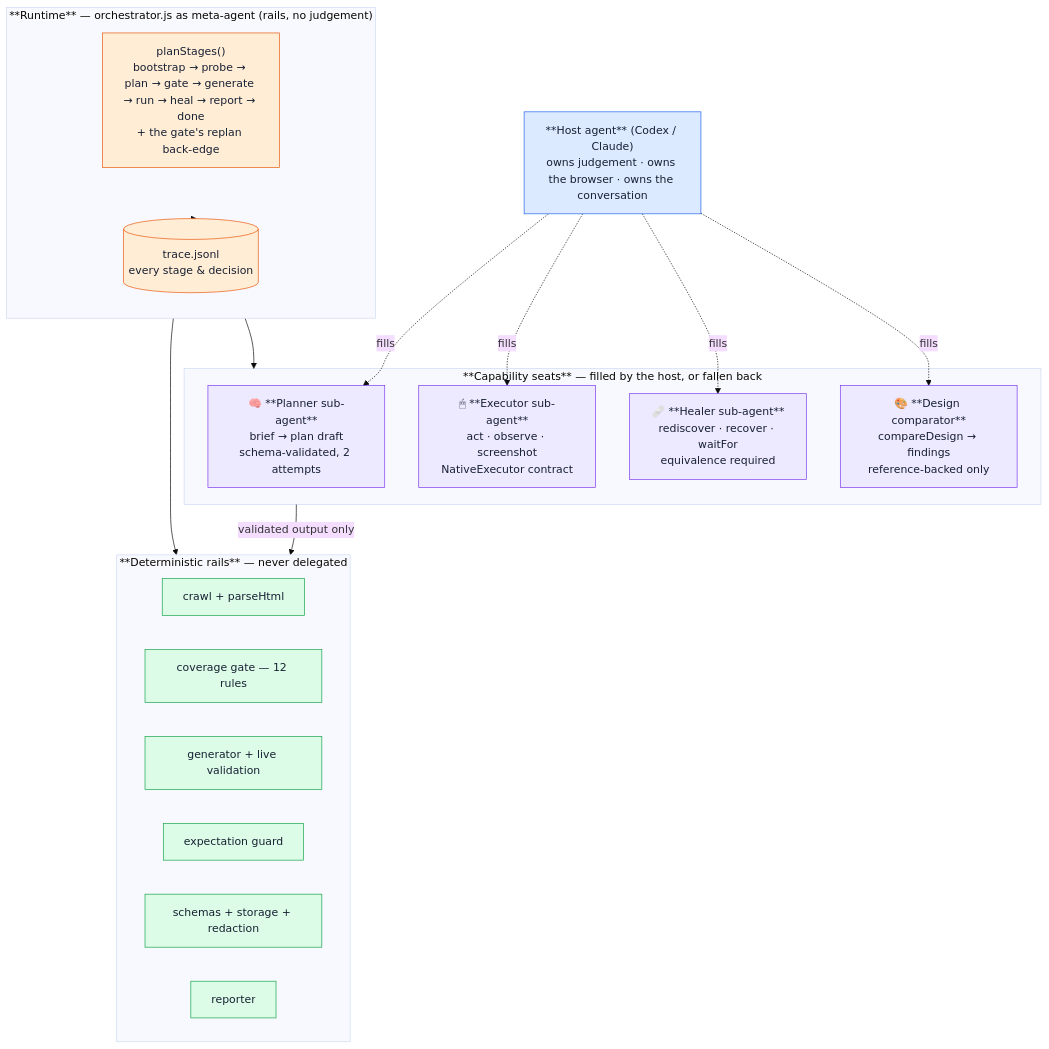
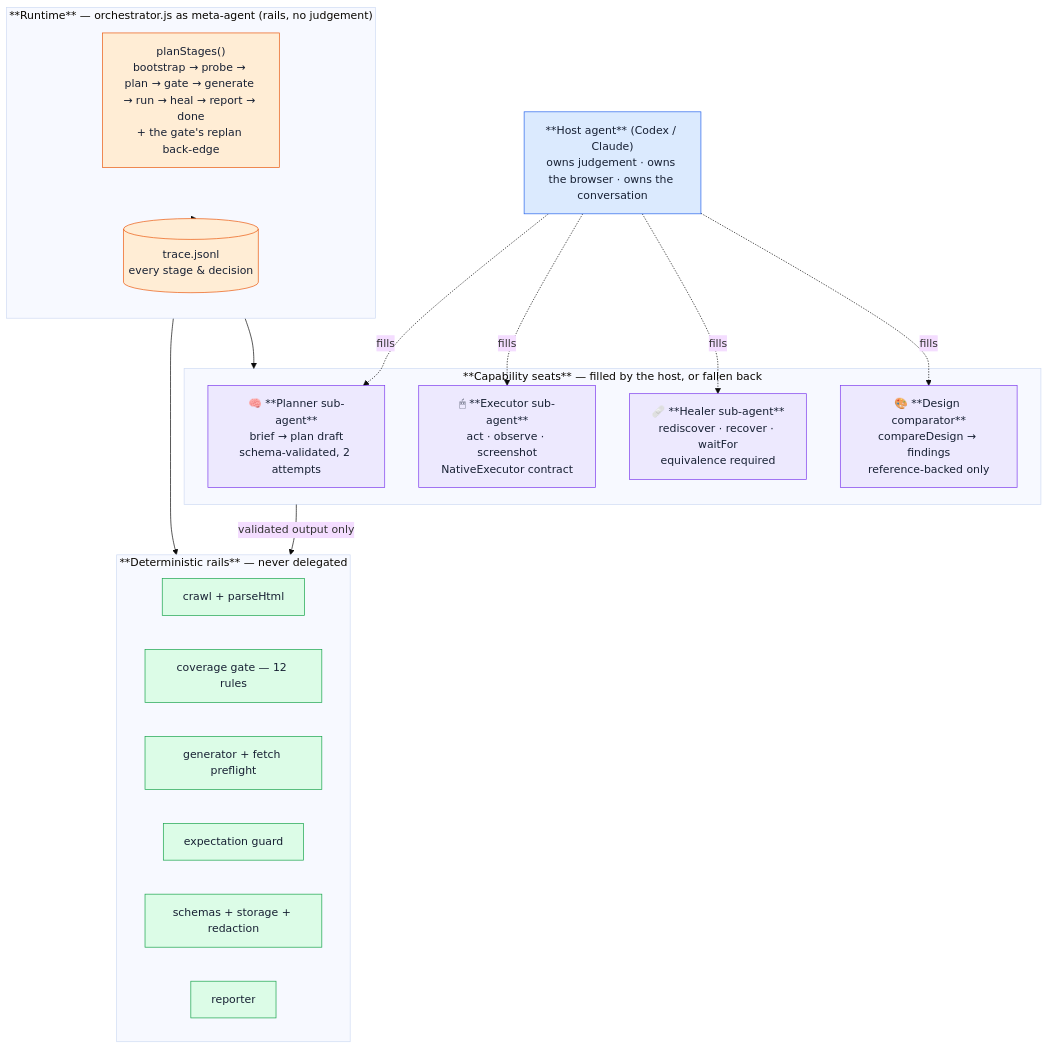
The first of 4 diagrams in docs/explain/03-agents-and-subagents.md (sudip-mondal-2002/Automated-QA), drawn with Mermaid (base theme) before and after one commit. The commit also changed 9 other files, not shown here.

````diff
--- a/docs/explain/03-agents-and-subagents.md
+++ b/docs/explain/03-agents-and-subagents.md
@@ -11,38 +11,38 @@
 ```mermaid
 flowchart TB
   HOST["**Host agent** (Codex / Claude)<br/>owns judgement · owns the browser · owns the conversation"]
 
   subgraph RUNTIME["**Runtime** — orchestrator.js as meta-agent (rails, no judgement)"]
     direction TB
     STAGES["planStages()<br/>bootstrap → probe → plan → gate → generate → run → heal → report → done<br/>+ the gate's replan back-edge"]
     TRACE[("trace.jsonl<br/>every stage & decision")]
   end
 
   subgraph SEATS["**Capability seats** — filled by the host, or fallen back"]
     P["🧠 **Planner sub-agent**<br/>brief → plan draft<br/>schema-validated, 2 attempts"]
     E["🖱 **Executor sub-agent**<br/>act · observe · screenshot<br/>NativeExecutor contract"]
     H["🩹 **Healer sub-agent**<br/>rediscover · recover · waitFor<br/>equivalence required"]
     D["🎨 **Design comparator**<br/>compareDesign → findings<br/>reference-backed only"]
   end
 
   subgraph RAILS["**Deterministic rails** — never delegated"]
     C1["crawl + parseHtml"]
     C2["coverage gate — 12 rules"]
-    C3["generator + live validation"]
+    C3["generator + fetch preflight"]
     C4["expectation guard"]
     C5["schemas + storage + redaction"]
     C6["reporter"]
   end
 
   HOST -.fills.-> P & E & H & D
   RUNTIME --> SEATS
   RUNTIME --> RAILS
   SEATS -->|"validated output only"| RAILS
   RUNTIME --> TRACE
 
   classDef host fill:#DBEAFE,stroke:#2563EB,color:#172033;
   classDef seat fill:#EDE9FE,stroke:#7C3AED,color:#172033;
   classDef rail fill:#DCFCE7,stroke:#16A34A,color:#172033;
   classDef rt fill:#FFEDD5,stroke:#EA580C,color:#172033;
   class HOST host; class P,E,H,D seat; class C1,C2,C3,C4,C5,C6 rail; class STAGES,TRACE rt;
 ```
````
